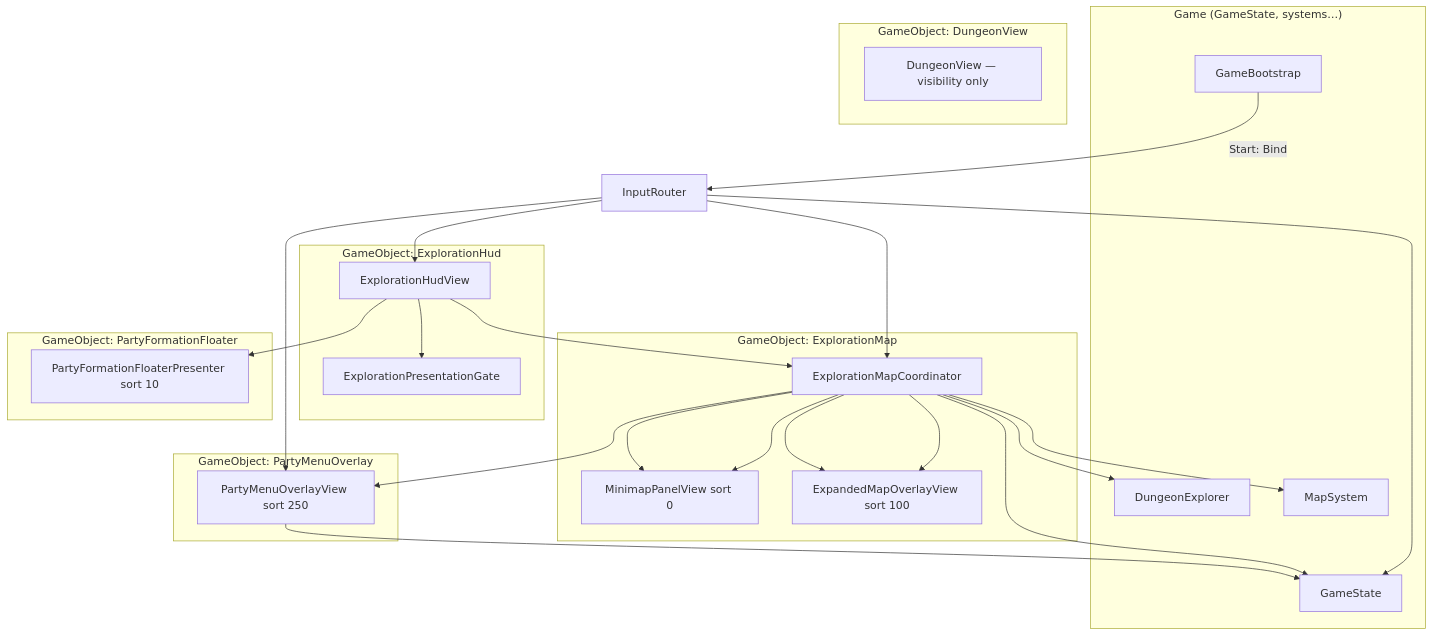
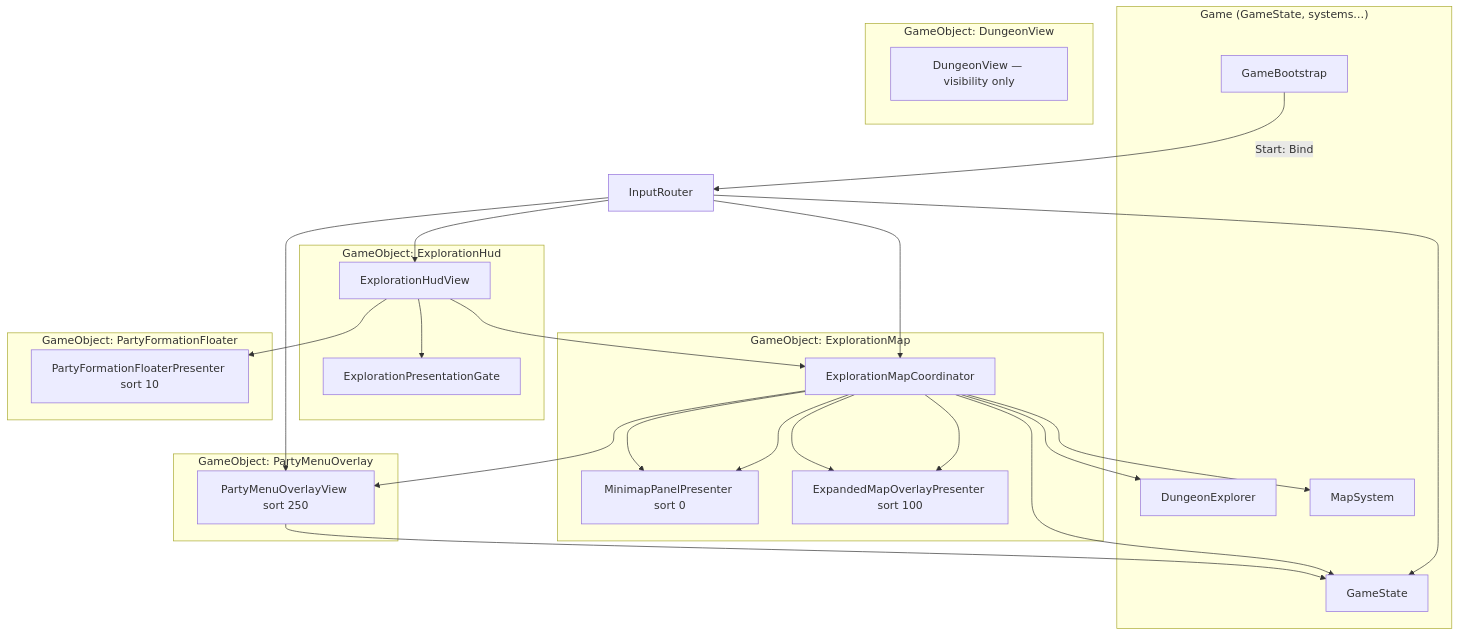
The first of 5 diagrams in docs/02-systems/exploration-ui.md (miramocha/griddungeon-design-docs), drawn with Mermaid before and after one commit. The commit also changed other lines of this file and 14 other files, not shown here.

````diff
--- a/docs/02-systems/exploration-ui.md
+++ b/docs/02-systems/exploration-ui.md
@@ -51,52 +51,52 @@
 ```mermaid
 flowchart TB
     subgraph GameRoot["Game (GameState, systems…)"]
         GS[GameState]
         EX[DungeonExplorer]
         MS[MapSystem]
         GB[GameBootstrap]
     end
 
     subgraph ExplorationHudGO["GameObject: ExplorationHud"]
         EHV[ExplorationHudView]
         EPG[ExplorationPresentationGate]
     end
 
     subgraph ExplorationMapGO["GameObject: ExplorationMap"]
         EMC[ExplorationMapCoordinator]
-        MM[MinimapPanelView sort 0]
-        EXP[ExpandedMapOverlayView sort 100]
+        MM[MinimapPanelPresenter sort 0]
+        EXP[ExpandedMapOverlayPresenter sort 100]
         EMC --> MM
         EMC --> EXP
     end
 
     subgraph PartyFloaterGO["GameObject: PartyFormationFloater"]
         PFF[PartyFormationFloaterPresenter sort 10]
     end
 
     subgraph PartyMenuGO["GameObject: PartyMenuOverlay"]
         PMO[PartyMenuOverlayView sort 250]
     end
 
     subgraph World["GameObject: DungeonView"]
         DV[DungeonView — visibility only]
     end
 
     IR[InputRouter]
 
     GB -->|Start: Bind| IR
     IR --> GS
     EHV --> EMC
     EHV --> PFF
     EHV --> EPG
     EMC --> GS
     EMC --> EX
     EMC --> MS
     EMC --> MM
     EMC --> EXP
     EMC --> PMO
     PMO --> GS
     IR --> EHV
     IR --> EMC
     IR --> PMO
 ```
````
